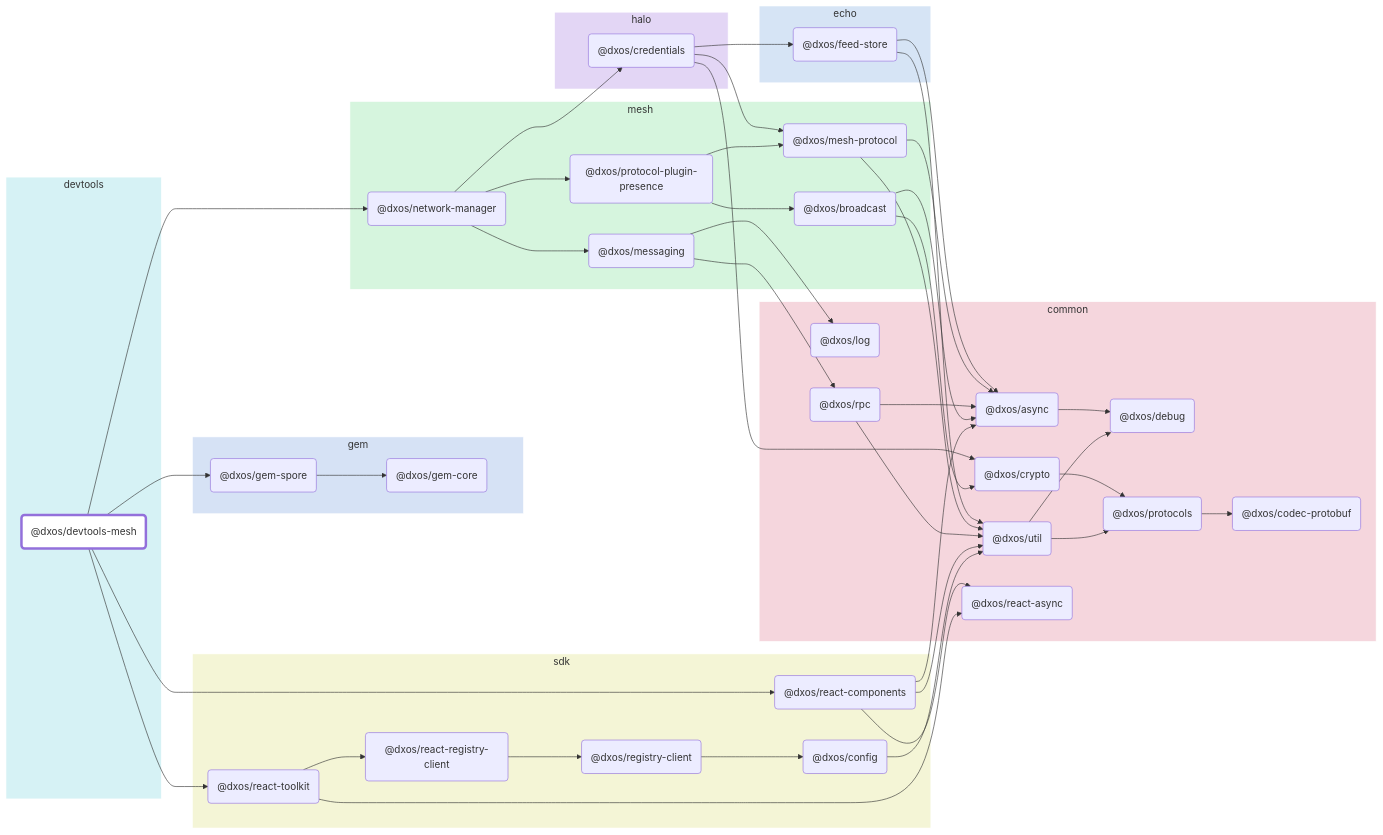
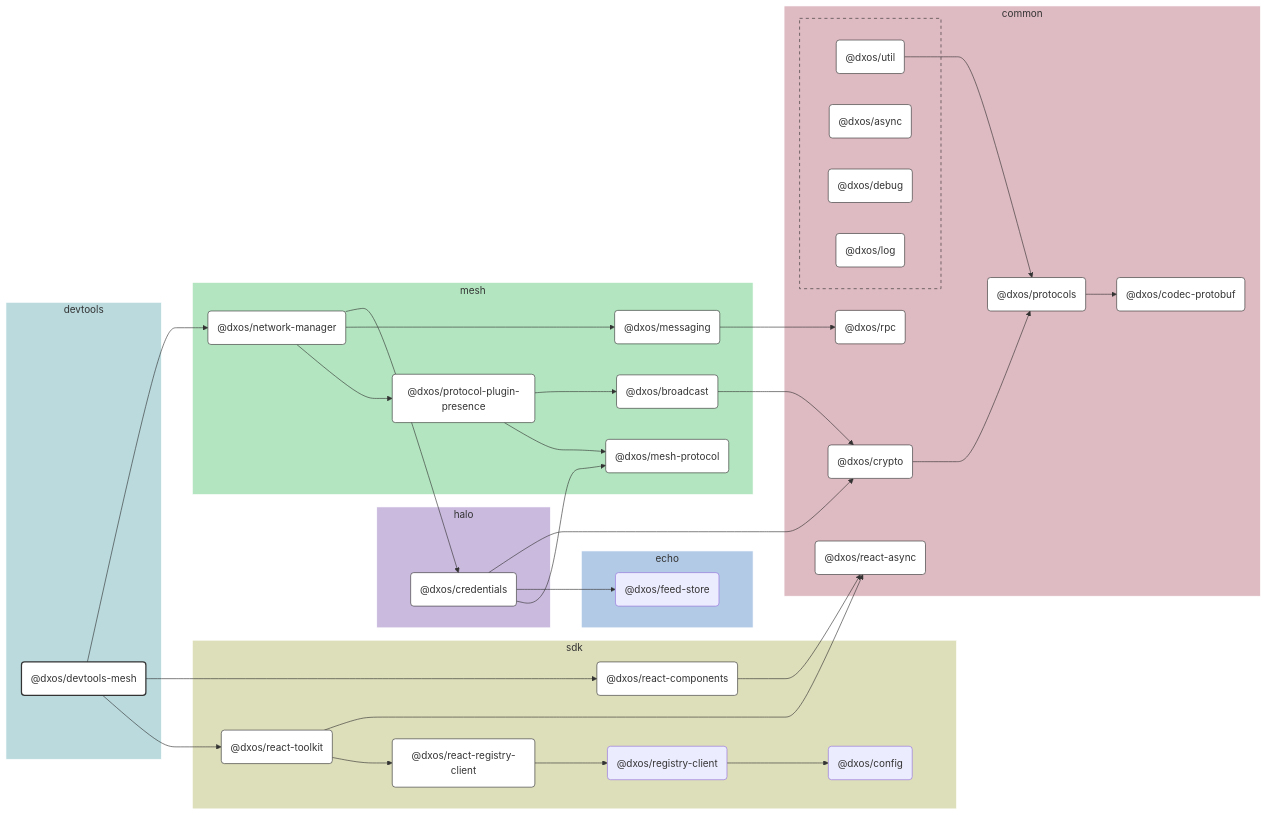
The diagram in packages/devtools/devtools-mesh/docs/README.md (dxos/dxos), drawn with Mermaid before and after one commit. The commit also changed other lines of this file and 100 other files, not shown here.

````diff
--- a/packages/devtools/devtools-mesh/docs/README.md
+++ b/packages/devtools/devtools-mesh/docs/README.md
@@ -7,115 +7,133 @@
 ```mermaid
-flowchart LR;
+%%{ init: {'flowchart':{'curve':'basis'}} }%%
 
-style dxos/devtools-mesh fill:#fff,stroke-width:4px;
+flowchart LR
 
-click dxos/debug "https:/github.com/dxos/dxos/tree/main/packages/common/debug/docs";
-click dxos/gem-core "https:/github.com/dxos/dxos/tree/main/packages/gem/gem-core/docs";
-click dxos/gem-spore "https:/github.com/dxos/dxos/tree/main/packages/gem/gem-spore/docs";
-click dxos/network-manager "https:/github.com/dxos/dxos/tree/main/packages/mesh/network-manager/docs";
-click dxos/async "https:/github.com/dxos/dxos/tree/main/packages/common/async/docs";
-click dxos/codec-protobuf "https:/github.com/dxos/dxos/tree/main/packages/common/codec-protobuf/docs";
-click dxos/credentials "https:/github.com/dxos/dxos/tree/main/packages/halo/credentials/docs";
-click dxos/crypto "https:/github.com/dxos/dxos/tree/main/packages/common/crypto/docs";
-click dxos/log "https:/github.com/dxos/dxos/tree/main/packages/common/log/docs";
-click dxos/mesh-protocol "https:/github.com/dxos/dxos/tree/main/packages/mesh/mesh-protocol/docs";
-click dxos/messaging "https:/github.com/dxos/dxos/tree/main/packages/mesh/messaging/docs";
-click dxos/protocol-plugin-presence "https:/github.com/dxos/dxos/tree/main/packages/mesh/protocol-plugin-presence/docs";
-click dxos/protocols "https:/github.com/dxos/dxos/tree/main/packages/common/protocols/docs";
-click dxos/rpc "https:/github.com/dxos/dxos/tree/main/packages/common/rpc/docs";
-click dxos/util "https:/github.com/dxos/dxos/tree/main/packages/common/util/docs";
-click dxos/broadcast "https:/github.com/dxos/dxos/tree/main/packages/mesh/broadcast/docs";
-click dxos/react-components "https:/github.com/dxos/dxos/tree/main/packages/sdk/react-components/docs";
-click dxos/react-async "https:/github.com/dxos/dxos/tree/main/packages/common/react-async/docs";
-click dxos/react-toolkit "https:/github.com/dxos/dxos/tree/main/packages/sdk/react-toolkit/docs";
-click dxos/react-registry-client "https:/github.com/dxos/dxos/tree/main/packages/sdk/react-registry-client/docs";
+%% Links
+dxos/broadcast --> dxos/crypto;
+dxos/credentials --> dxos/crypto;
+dxos/credentials --> dxos/feed-store;
+dxos/credentials --> dxos/mesh-protocol;
+dxos/crypto --> dxos/protocols;
+dxos/devtools-mesh --> dxos/network-manager;
+dxos/devtools-mesh --> dxos/react-components;
+dxos/devtools-mesh --> dxos/react-toolkit;
+dxos/messaging --> dxos/rpc;
+dxos/network-manager --> dxos/credentials;
+dxos/network-manager --> dxos/messaging;
+dxos/network-manager --> dxos/protocol-plugin-presence;
+dxos/protocol-plugin-presence --> dxos/broadcast;
+dxos/protocol-plugin-presence --> dxos/mesh-protocol;
+dxos/protocols --> dxos/codec-protobuf;
+dxos/react-components --> dxos/react-async;
+dxos/react-registry-client --> dxos/registry-client;
+dxos/react-toolkit --> dxos/react-async;
+dxos/react-toolkit --> dxos/react-registry-client;
+dxos/registry-client --> dxos/config;
+dxos/util --> dxos/protocols;
 
+%% Sections
 subgraph devtools
-  style devtools fill:#d6f2f5,stroke:#fff;
-  dxos/devtools-mesh("@dxos/devtools-mesh");
+  style devtools fill:#badade,stroke:#fff;
+
+  dxos/devtools-mesh("@dxos/devtools-mesh")
 end
 
 subgraph common
-  style common fill:#f5d6dd,stroke:#fff;
-  dxos/debug("@dxos/debug");
-  dxos/async("@dxos/async");
-  dxos/codec-protobuf("@dxos/codec-protobuf");
-  dxos/crypto("@dxos/crypto");
-  dxos/protocols("@dxos/protocols");
-  dxos/util("@dxos/util");
-  dxos/log("@dxos/log");
-  dxos/rpc("@dxos/rpc");
-  dxos/react-async("@dxos/react-async");
-end
+  style common fill:#debac2,stroke:#fff;
 
-subgraph gem
-  style gem fill:#d6e2f5,stroke:#fff;
-  dxos/gem-core("@dxos/gem-core");
-  dxos/gem-spore("@dxos/gem-spore");
+  dxos/codec-protobuf("@dxos/codec-protobuf")
+  dxos/crypto("@dxos/crypto")
+  dxos/protocols("@dxos/protocols")
+  dxos/react-async("@dxos/react-async")
+  dxos/rpc("@dxos/rpc")
+
+  subgraph common-excluded [ ]
+    style common-excluded fill:#debac2,stroke:#333,stroke-dasharray:5 5;
+
+    dxos/async("@dxos/async")
+    dxos/debug("@dxos/debug")
+    dxos/log("@dxos/log")
+    dxos/util("@dxos/util")
+  end
 end
 
 subgraph mesh
-  style mesh fill:#d6f5de,stroke:#fff;
-  dxos/network-manager("@dxos/network-manager");
-  dxos/mesh-protocol("@dxos/mesh-protocol");
-  dxos/messaging("@dxos/messaging");
-  dxos/protocol-plugin-presence("@dxos/protocol-plugin-presence");
-  dxos/broadcast("@dxos/broadcast");
+  style mesh fill:#b3e6c0,stroke:#fff;
+
+  dxos/broadcast("@dxos/broadcast")
+  dxos/mesh-protocol("@dxos/mesh-protocol")
+  dxos/messaging("@dxos/messaging")
+  dxos/network-manager("@dxos/network-manager")
+  dxos/protocol-plugin-presence("@dxos/protocol-plugin-presence")
 end
 
 subgraph halo
-  style halo fill:#e3d6f5,stroke:#fff;
-  dxos/credentials("@dxos/credentials");
+  style halo fill:#cabade,stroke:#fff;
+
+  dxos/credentials("@dxos/credentials")
 end
 
 subgraph echo
-  style echo fill:#d6e4f5,stroke:#fff;
-  dxos/feed-store("@dxos/feed-store");
+  style echo fill:#b3cae6,stroke:#fff;
+
+  dxos/feed-store("@dxos/feed-store")
 end
 
 subgraph sdk
-  style sdk fill:#f4f5d6,stroke:#fff;
-  dxos/react-components("@dxos/react-components");
-  dxos/react-toolkit("@dxos/react-toolkit");
-  dxos/react-registry-client("@dxos/react-registry-client");
-  dxos/config("@dxos/config");
-  dxos/registry-client("@dxos/registry-client");
+  style sdk fill:#dddeba,stroke:#fff;
+
+  dxos/config("@dxos/config")
+  dxos/react-components("@dxos/react-components")
+  dxos/react-registry-client("@dxos/react-registry-client")
+  dxos/react-toolkit("@dxos/react-toolkit")
+  dxos/registry-client("@dxos/registry-client")
 end
 
-dxos/devtools-mesh --> dxos/gem-spore;
-dxos/gem-spore --> dxos/gem-core;
-dxos/devtools-mesh --> dxos/network-manager;
-dxos/async --> dxos/debug;
-dxos/network-manager --> dxos/credentials;
-dxos/credentials --> dxos/crypto;
-dxos/crypto --> dxos/protocols;
-dxos/protocols --> dxos/codec-protobuf;
-dxos/credentials --> dxos/feed-store;
-dxos/feed-store --> dxos/async;
-dxos/feed-store --> dxos/util;
-dxos/util --> dxos/debug;
-dxos/util --> dxos/protocols;
-dxos/credentials --> dxos/mesh-protocol;
-dxos/mesh-protocol --> dxos/async;
-dxos/mesh-protocol --> dxos/util;
-dxos/network-manager --> dxos/messaging;
-dxos/messaging --> dxos/log;
-dxos/messaging --> dxos/rpc;
-dxos/rpc --> dxos/async;
-dxos/rpc --> dxos/util;
-dxos/network-manager --> dxos/protocol-plugin-presence;
-dxos/protocol-plugin-presence --> dxos/broadcast;
-dxos/broadcast --> dxos/async;
-dxos/broadcast --> dxos/crypto;
-dxos/protocol-plugin-presence --> dxos/mesh-protocol;
-dxos/devtools-mesh --> dxos/react-components;
-dxos/react-components --> dxos/async;
-dxos/react-components --> dxos/react-async;
-dxos/react-components --> dxos/util;
-dxos/devtools-mesh --> dxos/react-toolkit;
-dxos/react-toolkit --> dxos/react-async;
-dxos/react-toolkit --> dxos/react-registry-client;
-dxos/config --> dxos/util;
-dxos/react-registry-client --> dxos/registry-client;
-dxos/registry-client --> dxos/config;
+
+%% Hyperlinks
+click dxos/async href "https:/github.com/dxos/dxos/tree/main/packages/common/async/docs";
+click dxos/broadcast href "https:/github.com/dxos/dxos/tree/main/packages/mesh/broadcast/docs";
+click dxos/codec-protobuf href "https:/github.com/dxos/dxos/tree/main/packages/common/codec-protobuf/docs";
+click dxos/credentials href "https:/github.com/dxos/dxos/tree/main/packages/halo/credentials/docs";
+click dxos/crypto href "https:/github.com/dxos/dxos/tree/main/packages/common/crypto/docs";
+click dxos/debug href "https:/github.com/dxos/dxos/tree/main/packages/common/debug/docs";
+click dxos/log href "https:/github.com/dxos/dxos/tree/main/packages/common/log/docs";
+click dxos/mesh-protocol href "https:/github.com/dxos/dxos/tree/main/packages/mesh/mesh-protocol/docs";
+click dxos/messaging href "https:/github.com/dxos/dxos/tree/main/packages/mesh/messaging/docs";
+click dxos/network-manager href "https:/github.com/dxos/dxos/tree/main/packages/mesh/network-manager/docs";
+click dxos/protocol-plugin-presence href "https:/github.com/dxos/dxos/tree/main/packages/mesh/protocol-plugin-presence/docs";
+click dxos/protocols href "https:/github.com/dxos/dxos/tree/main/packages/common/protocols/docs";
+click dxos/react-async href "https:/github.com/dxos/dxos/tree/main/packages/common/react-async/docs";
+click dxos/react-components href "https:/github.com/dxos/dxos/tree/main/packages/sdk/react-components/docs";
+click dxos/react-registry-client href "https:/github.com/dxos/dxos/tree/main/packages/sdk/react-registry-client/docs";
+click dxos/react-toolkit href "https:/github.com/dxos/dxos/tree/main/packages/sdk/react-toolkit/docs";
+click dxos/rpc href "https:/github.com/dxos/dxos/tree/main/packages/common/rpc/docs";
+click dxos/util href "https:/github.com/dxos/dxos/tree/main/packages/common/util/docs";
+
+%% Styles
+classDef rootNode fill:#fff,stroke:#333,stroke-width:2px
+classDef defaultNode fill:#fff,stroke:#333,stroke-width:1px
+linkStyle default stroke:#333,stroke-width:1px
+
+dxos/devtools-mesh:::rootNode
+
+dxos/async:::defaultNode
+dxos/broadcast:::defaultNode
+dxos/codec-protobuf:::defaultNode
+dxos/credentials:::defaultNode
+dxos/crypto:::defaultNode
+dxos/debug:::defaultNode
+dxos/log:::defaultNode
+dxos/mesh-protocol:::defaultNode
+dxos/messaging:::defaultNode
+dxos/network-manager:::defaultNode
+dxos/protocol-plugin-presence:::defaultNode
+dxos/protocols:::defaultNode
+dxos/react-async:::defaultNode
+dxos/react-components:::defaultNode
+dxos/react-registry-client:::defaultNode
+dxos/react-toolkit:::defaultNode
+dxos/rpc:::defaultNode
+dxos/util:::defaultNode
 ```
````
